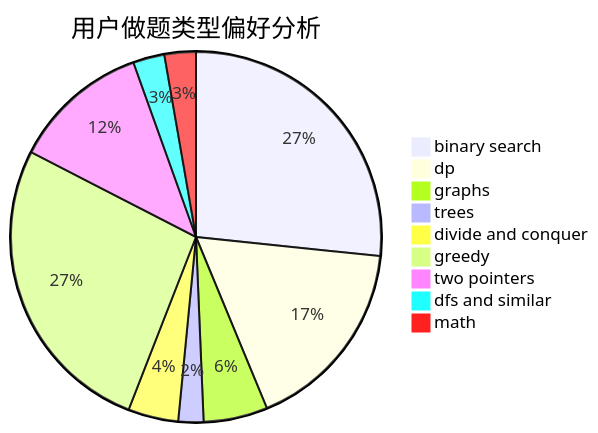
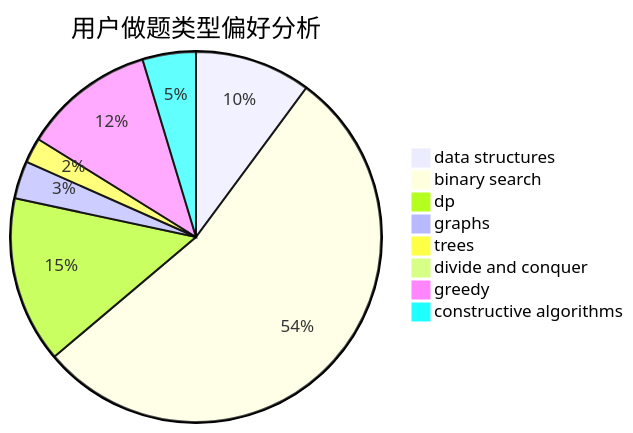
Before and after one commit to sherpahu/cfrs.github.io: the second of 3 diagrams in docs/user/u1759.md, drawn with Mermaid. The commit also changed other lines of this file and 2775 other files, not shown here.

````diff
--- a/docs/user/u1759.md
+++ b/docs/user/u1759.md
@@ -23,12 +23,11 @@
 ```mermaid
 pie title 用户做题类型偏好分析
-    "binary search" :  243
-    "dp" :  156
-    "graphs" :  51
-    "trees" :  20
-    "divide and conquer" :  40
-    "greedy" :  243
-    "two pointers" :  109
-    "dfs and similar" :  25
-    "math" :  25
+    "data structures" :  37
+    "binary search" :  196
+    "dp" :  53
+    "graphs" :  12
+    "trees" :  8
+    "divide and conquer" :  0
+    "greedy" :  42
+    "constructive algorithms" :  17
 ```
````
